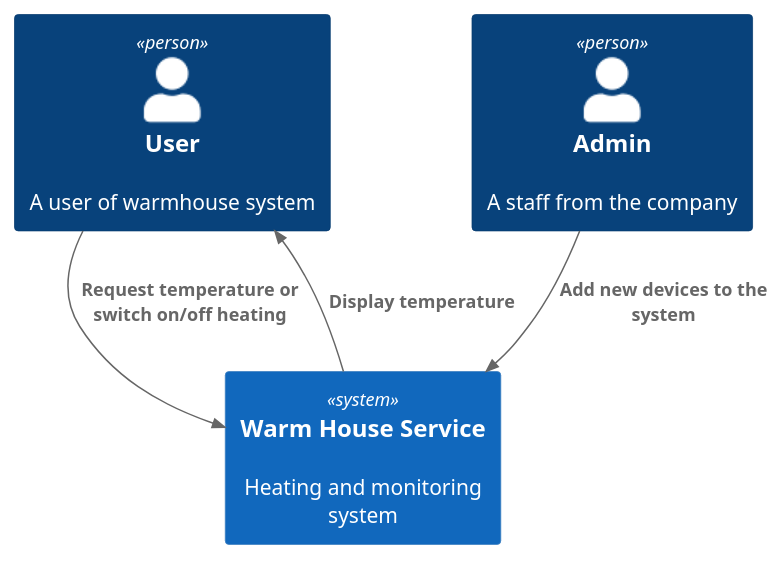
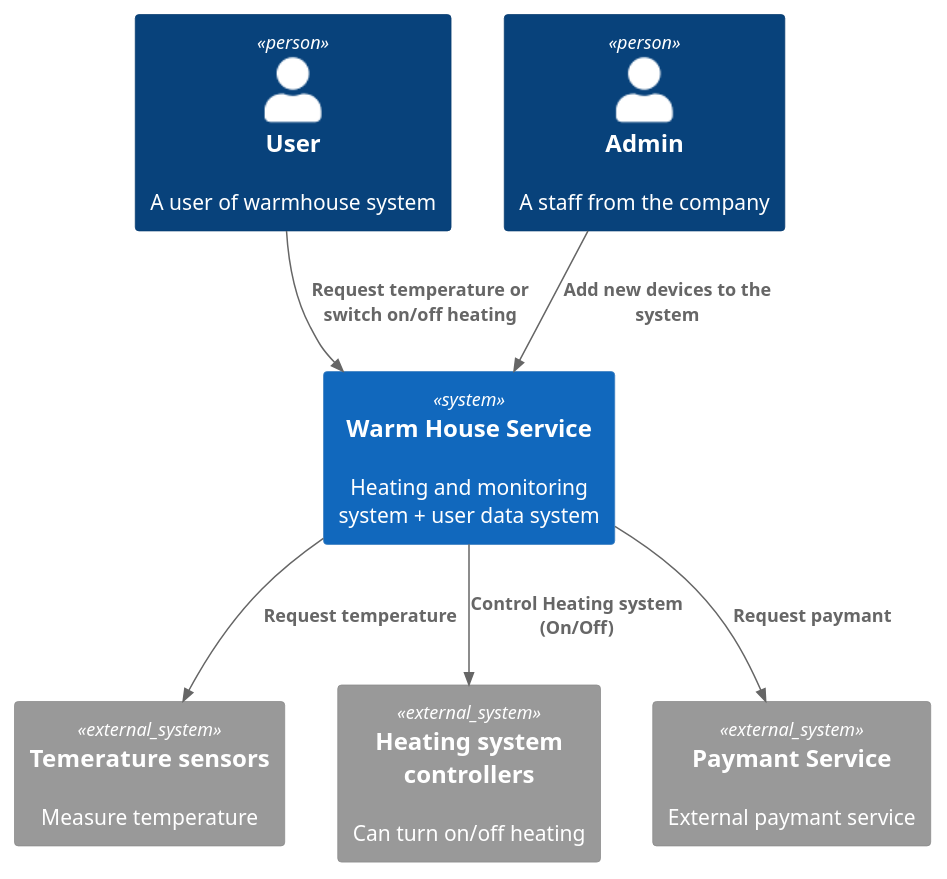
One commit to Moulten/architecture-warmhouse changed the diagram in apps/smart_home/diagrams/Context_C4.puml. Above: the diagram before and after it, drawn with PlantUML. The commit also changed 7 other files, not shown here.

Commit message:
Add C4 schema and er diagram

```diff
--- a/apps/smart_home/diagrams/Context_C4.puml
+++ b/apps/smart_home/diagrams/Context_C4.puml
@@ -1,15 +1,21 @@
 @startuml
 top to bottom direction
 
 !include https://raw.githubusercontent.com/plantuml-stdlib/C4-PlantUML/master/C4_Context.puml
 
 Person(user, "User", "A user of warmhouse system")
 Person(admin, "Admin", "A staff from the company")
 
-System(service, "Warm House Service", "Heating and monitoring system")
+System(service, "Warm House Service", "Heating and monitoring system + user data system")
+System_Ext(Sensors, "Temerature sensors", "Measure temperature")
+System_Ext(Heating, "Heating system controllers", "Can turn on/off heating")
+System_Ext(PaymantService, "Paymant Service", "External paymant service")
 
 Rel(admin, service, "Add new devices to the system")
 Rel(user, service, "Request temperature or switch on/off heating")
-Rel(service, user, "Display temperature")
+Rel(service, Heating, "Control Heating system (On/Off)")
+Rel(service, Sensors, "Request temperature")
+Rel(service, PaymantService, "Request paymant")
+
 
 @enduml 
```
